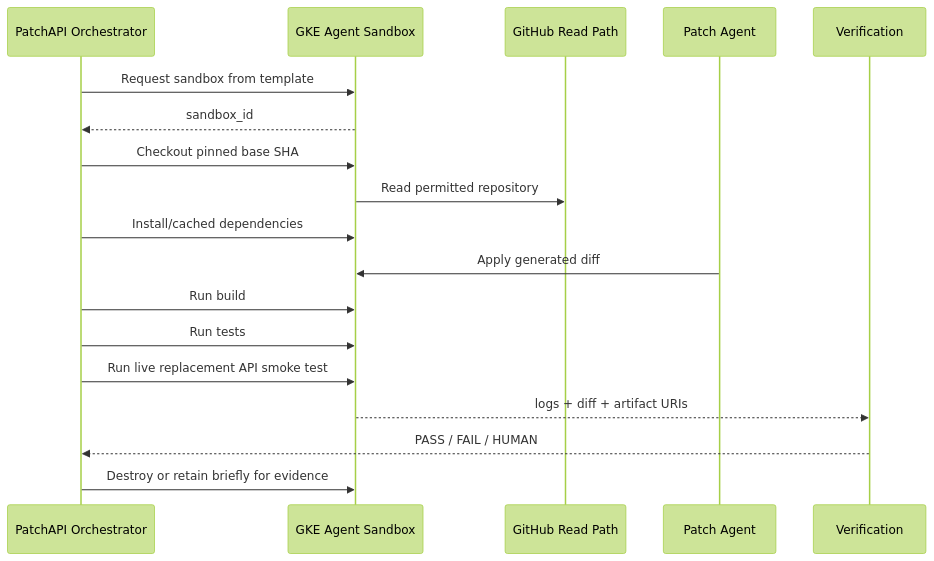
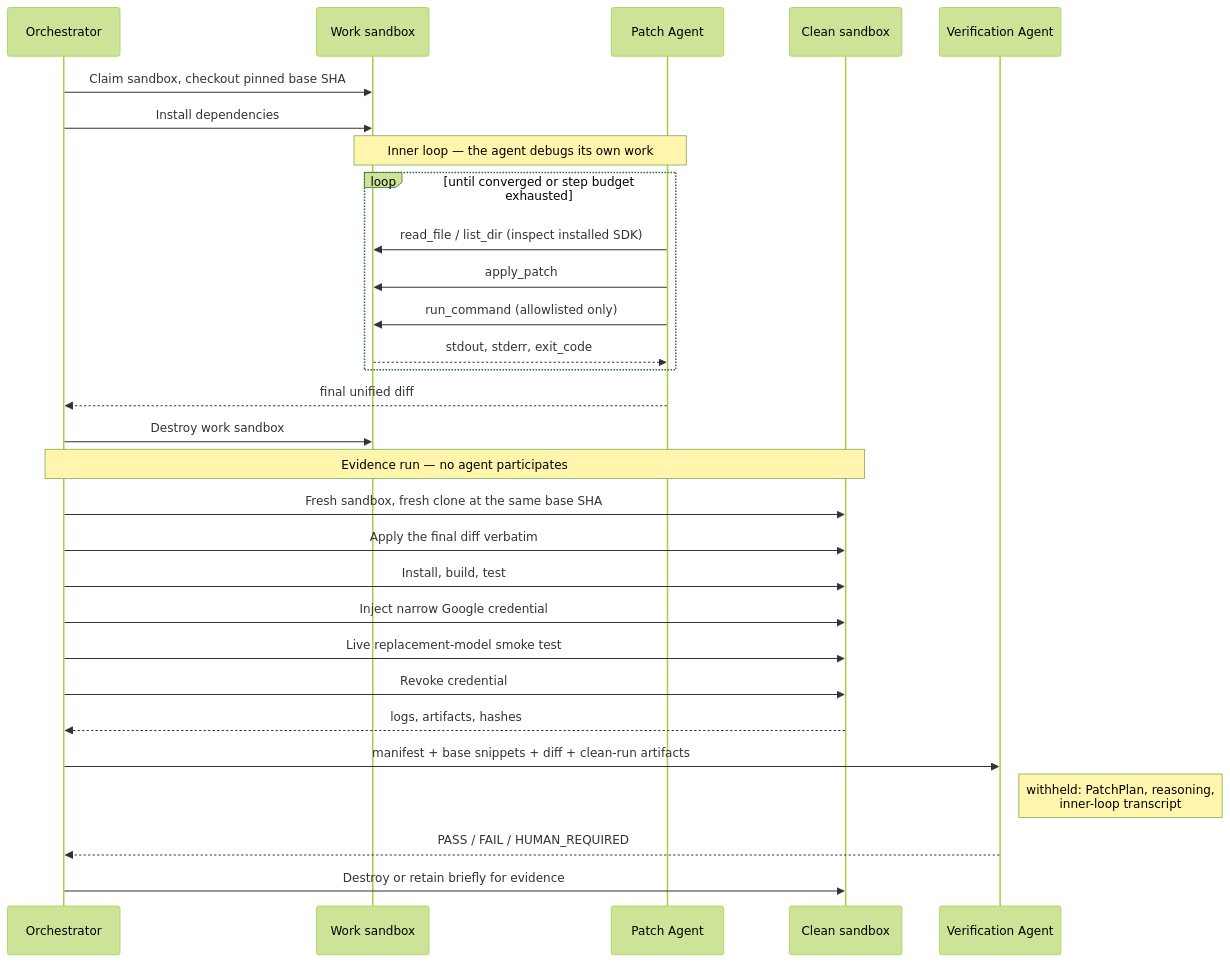
The fourth of 6 diagrams in roadmap.md (amelia751/patch), drawn with Mermaid (forest theme) before and after one commit. The commit also changed other lines of this file and 6 other files, not shown here.

First line of the commit message:
Document the provider-usage schema and repo indexer plan

````diff
--- a/roadmap.md
+++ b/roadmap.md
@@ -1389,21 +2288,36 @@
 ```mermaid
 sequenceDiagram
-    participant O as PatchAPI Orchestrator
-    participant G as GKE Agent Sandbox
-    participant R as GitHub Read Path
+    participant O as Orchestrator
+    participant G as Work sandbox
     participant P as Patch Agent
-    participant V as Verification
+    participant C as Clean sandbox
+    participant V as Verification Agent
 
-    O->>G: Request sandbox from template
-    G-->>O: sandbox_id
-    O->>G: Checkout pinned base SHA
-    G->>R: Read permitted repository
-    O->>G: Install/cached dependencies
-    P->>G: Apply generated diff
-    O->>G: Run build
-    O->>G: Run tests
-    O->>G: Run live replacement API smoke test
-    G-->>V: logs + diff + artifact URIs
-    V-->>O: PASS / FAIL / HUMAN
-    O->>G: Destroy or retain briefly for evidence
+    O->>G: Claim sandbox, checkout pinned base SHA
+    O->>G: Install dependencies
+
+    Note over P,G: Inner loop — the agent debugs its own work
+    loop until converged or step budget exhausted
+        P->>G: read_file / list_dir (inspect installed SDK)
+        P->>G: apply_patch
+        P->>G: run_command (allowlisted only)
+        G-->>P: stdout, stderr, exit_code
+    end
+
+    P-->>O: final unified diff
+    O->>G: Destroy work sandbox
+
+    Note over O,C: Evidence run — no agent participates
+    O->>C: Fresh sandbox, fresh clone at the same base SHA
+    O->>C: Apply the final diff verbatim
+    O->>C: Install, build, test
+    O->>C: Inject narrow Google credential
+    O->>C: Live replacement-model smoke test
+    O->>C: Revoke credential
+    C-->>O: logs, artifacts, hashes
+
+    O->>V: manifest + base snippets + diff + clean-run artifacts
+    Note right of V: withheld: PatchPlan, reasoning,<br/>inner-loop transcript
+    V-->>O: PASS / FAIL / HUMAN_REQUIRED
+    O->>C: Destroy or retain briefly for evidence
 ```
````
